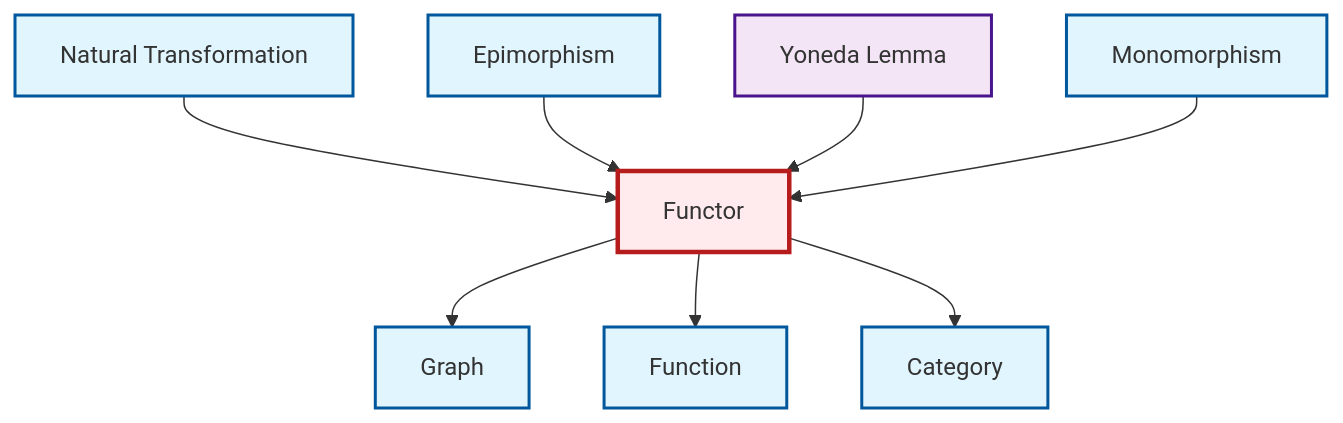
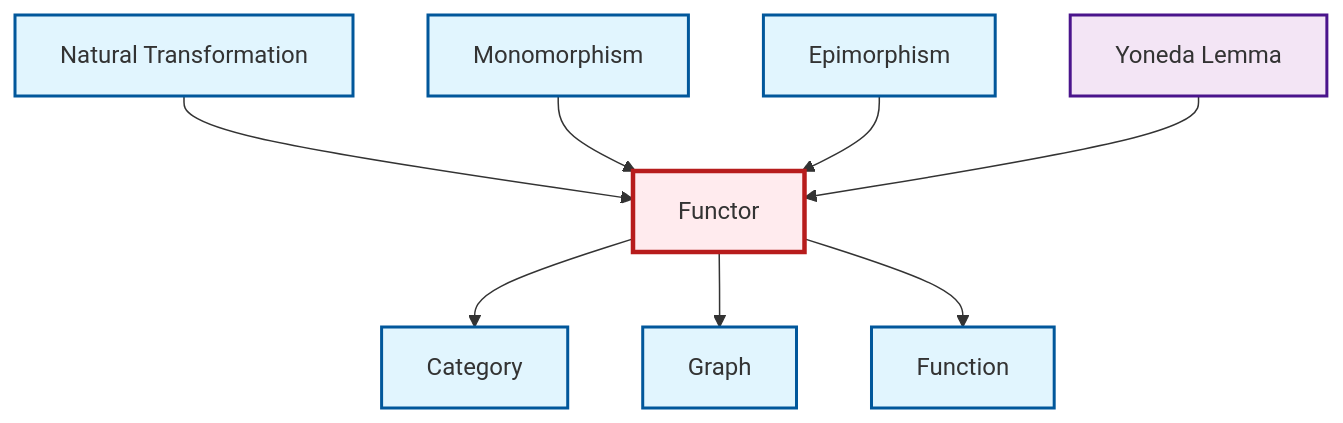
The diagram in output/mermaid/en/def-functor.mermaid (RK0429/ModernMath), drawn with Mermaid before and after one commit. The commit also changed other lines of this file and 1764 other files, not shown here.

```diff
--- a/output/mermaid/en/def-functor.mermaid
+++ b/output/mermaid/en/def-functor.mermaid
@@ -1,22 +1,22 @@
 graph TD
     classDef definition fill:#e1f5fe,stroke:#01579b,stroke-width:2px
     classDef theorem fill:#f3e5f5,stroke:#4a148c,stroke-width:2px
     classDef axiom fill:#fff3e0,stroke:#e65100,stroke-width:2px
     classDef example fill:#e8f5e9,stroke:#1b5e20,stroke-width:2px
     classDef current fill:#ffebee,stroke:#b71c1c,stroke-width:3px
+    def-natural-transformation["Natural Transformation"]:::definition
+    def-function["Function"]:::definition
+    def-category["Category"]:::definition
+    thm-yoneda["Yoneda Lemma"]:::theorem
+    def-monomorphism["Monomorphism"]:::definition
+    def-epimorphism["Epimorphism"]:::definition
     def-functor["Functor"]:::definition
-    thm-yoneda["Yoneda Lemma"]:::theorem
     def-graph["Graph"]:::definition
-    def-natural-transformation["Natural Transformation"]:::definition
-    def-epimorphism["Epimorphism"]:::definition
-    def-category["Category"]:::definition
-    def-monomorphism["Monomorphism"]:::definition
-    def-function["Function"]:::definition
     def-natural-transformation --> def-functor
+    def-monomorphism --> def-functor
+    def-functor --> def-category
+    def-functor --> def-graph
+    def-functor --> def-function
     def-epimorphism --> def-functor
-    def-functor --> def-graph
     thm-yoneda --> def-functor
-    def-monomorphism --> def-functor
-    def-functor --> def-function
-    def-functor --> def-category
     class def-functor current
```
